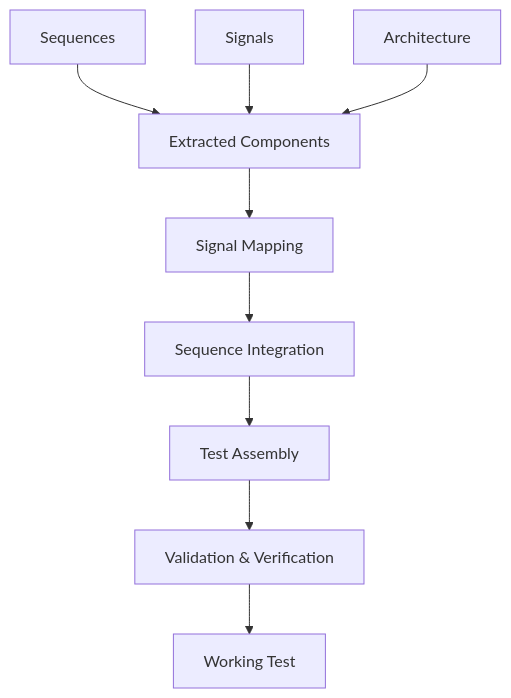
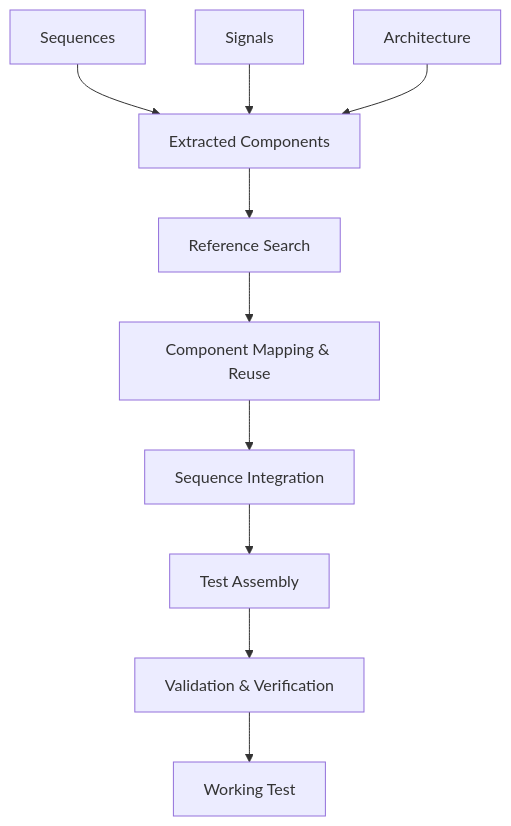
The diagram in uvm-test-generation-agent-generic/02-integration-guide.md (Jormq1999/Intel_Makeathon), drawn with Mermaid before and after one commit. The commit also changed other lines of this file, not shown here.

Commit message:
for generic envs the agent will look for reference code to avoid non-existing ports or signals

````diff
--- a/uvm-test-generation-agent-generic/02-integration-guide.md
+++ b/uvm-test-generation-agent-generic/02-integration-guide.md
@@ -11,12 +11,13 @@
 ```mermaid
 graph TD
-    A[Extracted Components] --> B[Signal Mapping]
+    A[Extracted Components] --> AA[Reference Search]
+    AA --> B[Component Mapping & Reuse]
     B --> C[Sequence Integration]
     C --> D[Test Assembly]
     D --> E[Validation & Verification]
     E --> F[Working Test]
     
     A1[Sequences] --> A
     A2[Signals] --> A
     A3[Architecture] --> A
 ```
````
